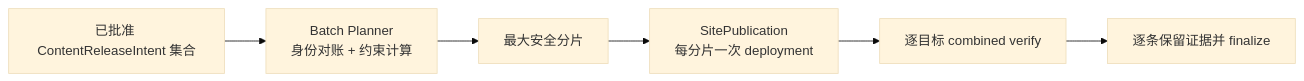
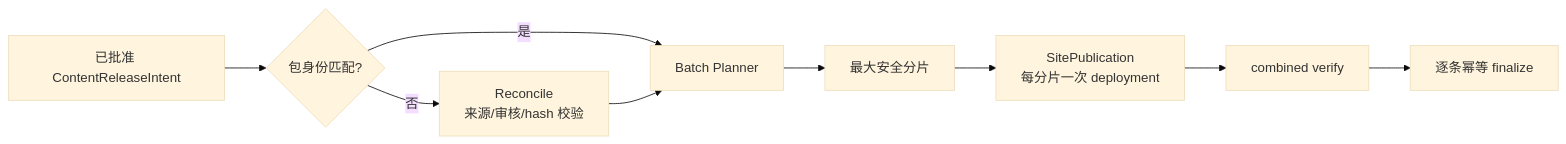
Before and after one commit to Chizheng4/xingbuild: the diagram in docs/iterations/current.md, drawn with Mermaid (base theme). The commit also changed other lines of this file and 14 other files, not shown here.

Commit message:
feat: reconcile immutable content package revisions

````diff
--- a/docs/iterations/current.md
+++ b/docs/iterations/current.md
@@ -13,8 +13,11 @@
 ```mermaid
 flowchart LR
-    I["已批准 ContentReleaseIntent 集合"] --> P["Batch Planner\n身份对账 + 约束计算"]
+    I["已批准 ContentReleaseIntent"] --> R{"包身份匹配?"}
+    R -->|否| X["Reconcile\n来源/审核/hash 校验"]
+    R -->|是| P["Batch Planner"]
+    X --> P
     P --> S["最大安全分片"]
     S --> D["SitePublication\n每分片一次 deployment"]
-    D --> V["逐目标 combined verify"]
-    V --> F["逐条保留证据并 finalize"]
+    D --> V["combined verify"]
+    V --> F["逐条幂等 finalize"]
 ```
````
